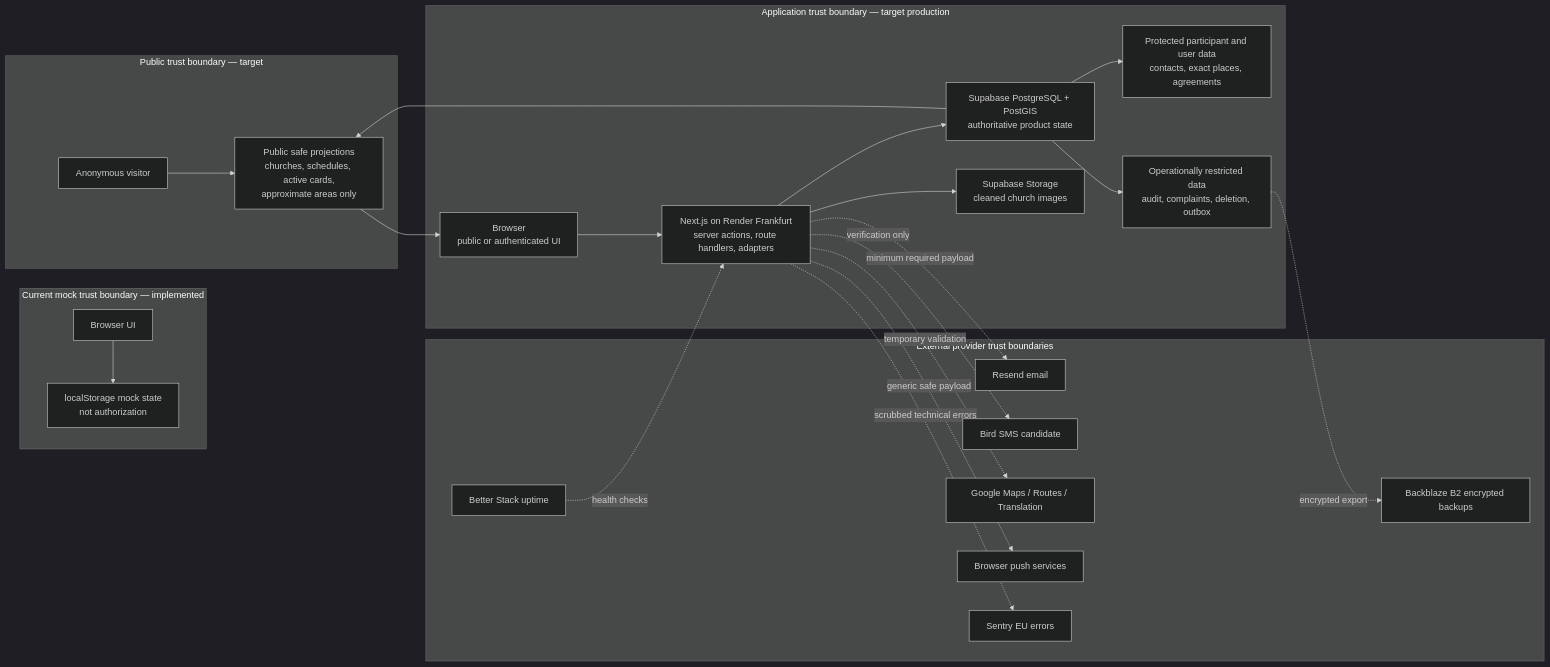
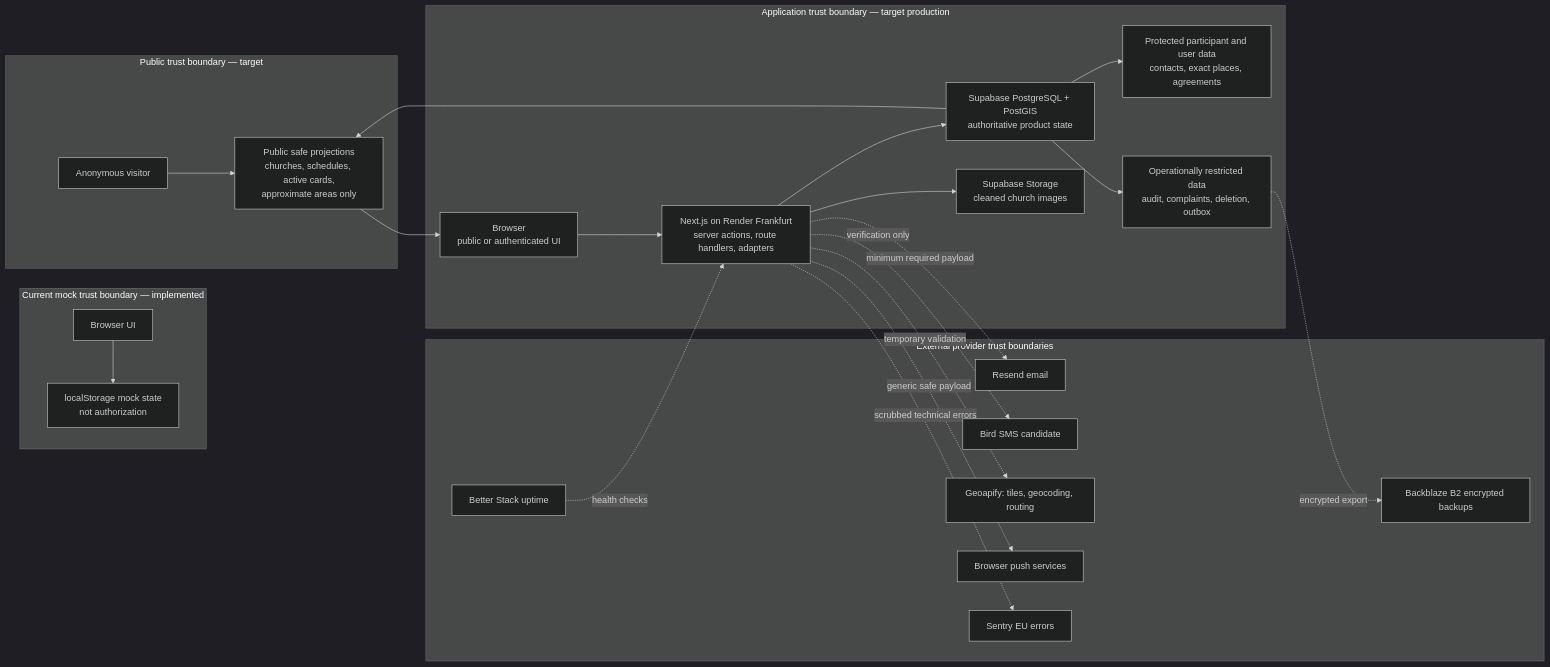
Diagram 19 of 25 in docs/PROJECT_MAP.md (Agafanail/orthodox-routes), drawn with Mermaid (dark theme) before and after one commit. The commit also changed 30 other files, not shown here.

First line of the commit message:
Replace static maps with interactive Geoapify maps

````diff
--- a/docs/PROJECT_MAP.md
+++ b/docs/PROJECT_MAP.md
@@ -425,48 +425,48 @@
 ```mermaid
 flowchart LR
     subgraph CURRENT["Current mock trust boundary — implemented"]
         CB["Browser UI"]
         CLS["localStorage mock state<br/>not authorization"]
         CB --> CLS
     end
 
     subgraph PUBLIC["Public trust boundary — target"]
         VISITOR["Anonymous visitor"]
         PUB["Public safe projections<br/>churches, schedules, active cards,<br/>approximate areas only"]
     end
 
     subgraph TARGET["Application trust boundary — target production"]
         BROWSER["Browser<br/>public or authenticated UI"]
         NEXT["Next.js on Render Frankfurt<br/>server actions, route handlers, adapters"]
         DB["Supabase PostgreSQL + PostGIS<br/>authoritative product state"]
         PRIV["Protected participant and user data<br/>contacts, exact places, agreements"]
         OPS["Operationally restricted data<br/>audit, complaints, deletion, outbox"]
         STORAGE["Supabase Storage<br/>cleaned church images"]
         NEXT --> DB
         DB --> PUB
         DB --> PRIV
         DB --> OPS
         NEXT --> STORAGE
     end
 
     subgraph EXTERNAL["External provider trust boundaries"]
         RESEND["Resend email"]
         BIRD["Bird SMS candidate"]
-        GOOGLE["Google Maps / Routes / Translation"]
+        GEO["Geoapify: tiles, geocoding, routing"]
         PUSH["Browser push services"]
         SENTRY["Sentry EU errors"]
         B2["Backblaze B2 encrypted backups"]
         UPTIME["Better Stack uptime"]
     end
 
     VISITOR --> PUB
     PUB --> BROWSER
     BROWSER --> NEXT
     NEXT -. "minimum required payload" .-> RESEND
     NEXT -. "verification only" .-> BIRD
-    NEXT -. "temporary validation" .-> GOOGLE
+    NEXT -. "temporary validation" .-> GEO
     NEXT -. "generic safe payload" .-> PUSH
     NEXT -. "scrubbed technical errors" .-> SENTRY
     OPS -. "encrypted export" .-> B2
     UPTIME -. "health checks" .-> NEXT
 ```
````
